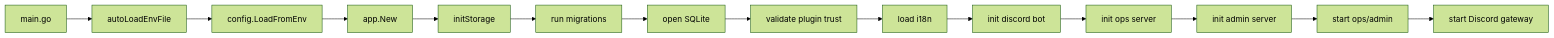
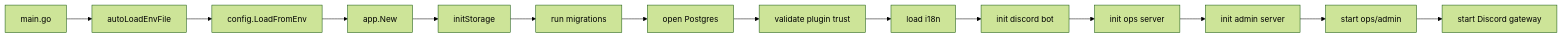
The second of 11 diagrams in docs/architecture-audit-2026-05-23.md (xsyetopz/go-mamacord), drawn with Mermaid (forest theme) before and after one commit. The commit also changed other lines of this file and 417 other files, not shown here.

Commit message:
Refactor runtime and move to Postgres-only architecture

````diff
--- a/docs/architecture-audit-2026-05-23.md
+++ b/docs/architecture-audit-2026-05-23.md
@@ -82,16 +88,16 @@
 ```mermaid
 flowchart LR
     A[main.go] --> B[autoLoadEnvFile]
     B --> C[config.LoadFromEnv]
     C --> D[app.New]
     D --> E[initStorage]
     E --> F[run migrations]
-    F --> G[open SQLite]
+    F --> G[open Postgres]
     G --> H[validate plugin trust]
     H --> I[load i18n]
     I --> J[init discord bot]
     J --> K[init ops server]
     K --> L[init admin server]
     L --> M[start ops/admin]
     M --> N[start Discord gateway]
 ```
````
